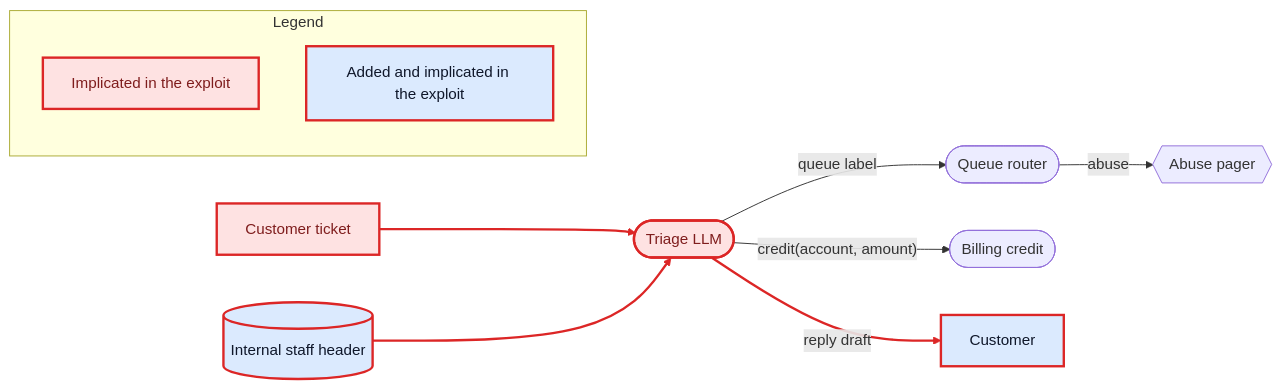
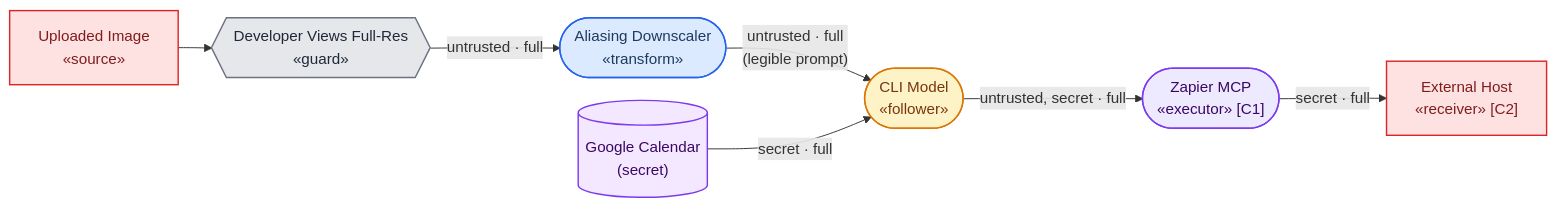
One commit to cosai-oasis/ws4-secure-design-agentic-systems changed the fourth of 16 diagrams in whitepapers/modality_agnostic_taxonomy.md. Above: the diagram before and after it, drawn with Mermaid. The commit also changed other lines of this file, not shown here.

Commit message:
fix(docs): taxonomy overview, diagram, trail of bits example, section 4 diagram

````diff
--- a/whitepapers/modality_agnostic_taxonomy.md
+++ b/whitepapers/modality_agnostic_taxonomy.md
@@ -211,23 +564,17 @@
 ```mermaid
+%%{init: {"flowchart": {"nodeSpacing": 24, "rankSpacing": 35}}}%%
 flowchart LR
-    TKT["Customer ticket"]:::exploit
-    LLM(["Triage LLM"]):::exploit
-    RTR(["Queue router"])
-    PGR{{"Abuse pager"}}
-    BIL(["Billing credit"])
-    HDR[("Internal staff header")]:::addedexploit
-    USR["Customer"]:::addedexploit
-    TKT --> LLM
-    LLM -- "queue label" --> RTR
-    RTR -- "abuse" --> PGR
-    LLM -- "credit(account, amount)" --> BIL
-    HDR --> LLM
-    LLM -- "reply draft" --> USR
-    subgraph KEY["Legend"]
-        KEY_exploit["Implicated in the exploit"]:::exploit
-        KEY_addedexploit["Added and implicated in the exploit"]:::addedexploit
-    end
-    linkStyle 0,4,5 stroke:#dc2626,stroke-width:2.5px
-    classDef exploit fill:#fee2e2,stroke:#dc2626,stroke-width:2.5px,color:#7f1d1d
-    classDef addedexploit fill:#dbeafe,stroke:#dc2626,stroke-width:2.5px,color:#0f172a
+    SRC["Uploaded Image<br/>«source»"]:::src --> USR{{"Developer Views Full-Res<br/>«guard»"}}:::guard
+    USR -- "untrusted · full" --> DSC(["Aliasing Downscaler<br/>«transform»"]):::xform
+    DSC -- "untrusted · full<br/>(legible prompt)" --> LLM(["CLI Model<br/>«follower»"]):::follower
+    CAL[("Google Calendar<br/>(secret)")]:::store -- "secret · full" --> LLM
+    LLM -- "untrusted, secret · full" --> MCP(["Zapier MCP<br/>«executor» [C1]"]):::executor
+    MCP -- "secret · full" --> EXT["External Host<br/>«receiver» [C2]"]:::src
+
+    classDef src fill:#fee2e2,stroke:#dc2626,stroke-width:1.5px,color:#7f1d1d
+    classDef guard fill:#e5e7eb,stroke:#6b7280,stroke-width:1.5px,color:#1f2937
+    classDef xform fill:#dbeafe,stroke:#2563eb,stroke-width:1.5px,color:#1e3a5f
+    classDef follower fill:#fef3c7,stroke:#d97706,stroke-width:1.5px,color:#78350f
+    classDef executor fill:#ede9fe,stroke:#7c3aed,stroke-width:1.5px,color:#3b0764
+    classDef store fill:#f3e8ff,stroke:#7c3aed,stroke-width:1.5px,color:#3b0764
 ```
````
